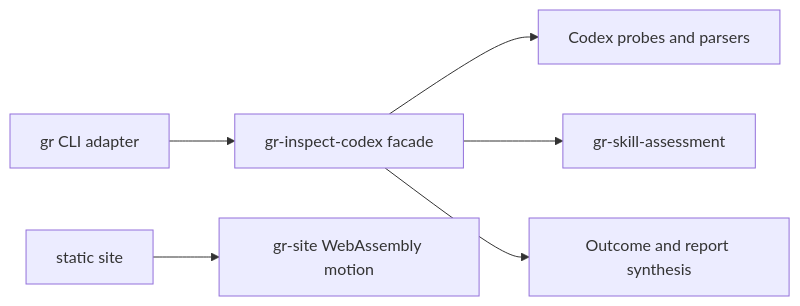
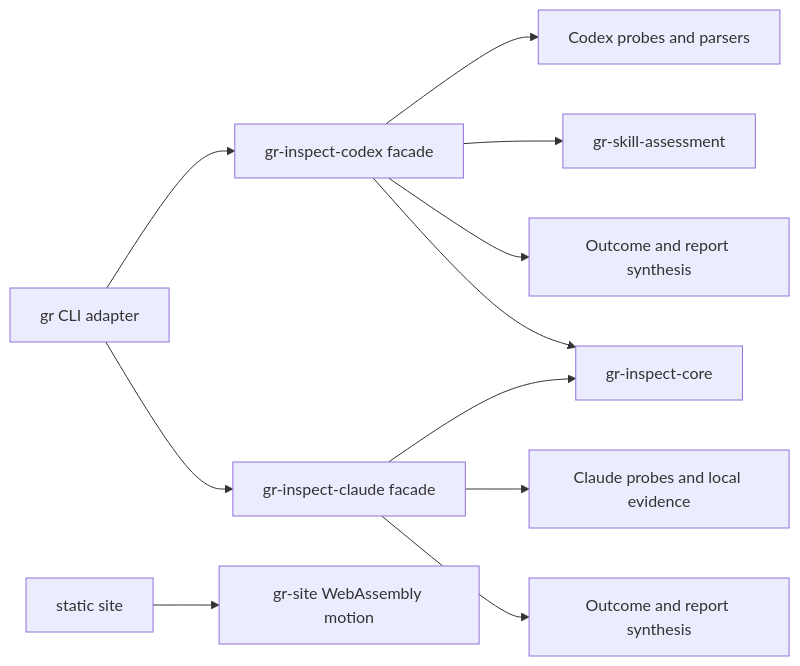
One commit to heurema/goalrail-rs changed the diagram in ARCHITECTURE.md. Above: the diagram before and after it, drawn with Mermaid. The commit also changed other lines of this file and 26 other files, not shown here.

````diff
--- a/ARCHITECTURE.md
+++ b/ARCHITECTURE.md
@@ -17,8 +17,13 @@
 ```mermaid
 flowchart LR
     CLI["gr CLI adapter"] --> Facade["gr-inspect-codex facade"]
+    CLI --> ClaudeFacade["gr-inspect-claude facade"]
     Facade --> Probes["Codex probes and parsers"]
     Facade --> Assessment["gr-skill-assessment"]
     Facade --> Report["Outcome and report synthesis"]
+    ClaudeFacade --> ClaudeProbes["Claude probes and local evidence"]
+    ClaudeFacade --> ClaudeReport["Outcome and report synthesis"]
+    Facade --> Core["gr-inspect-core"]
+    ClaudeFacade --> Core
     Browser["static site"] --> Motion["gr-site WebAssembly motion"]
 ```
````
